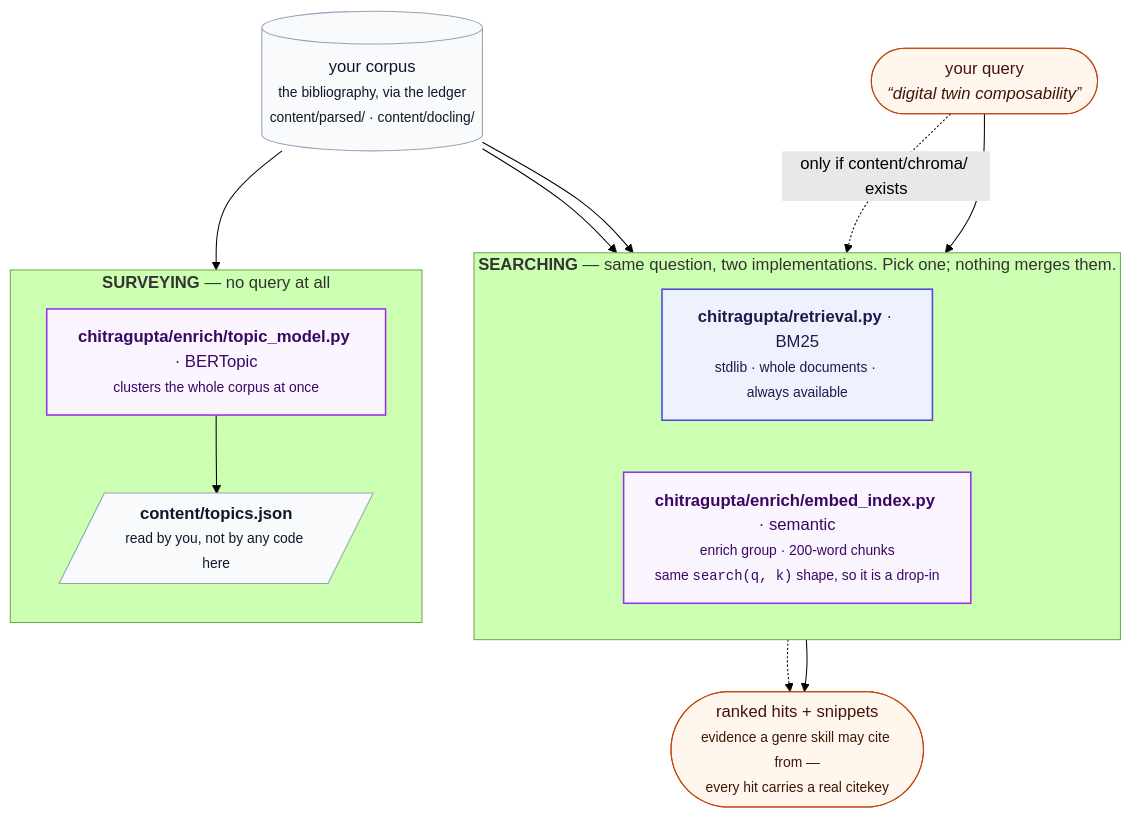
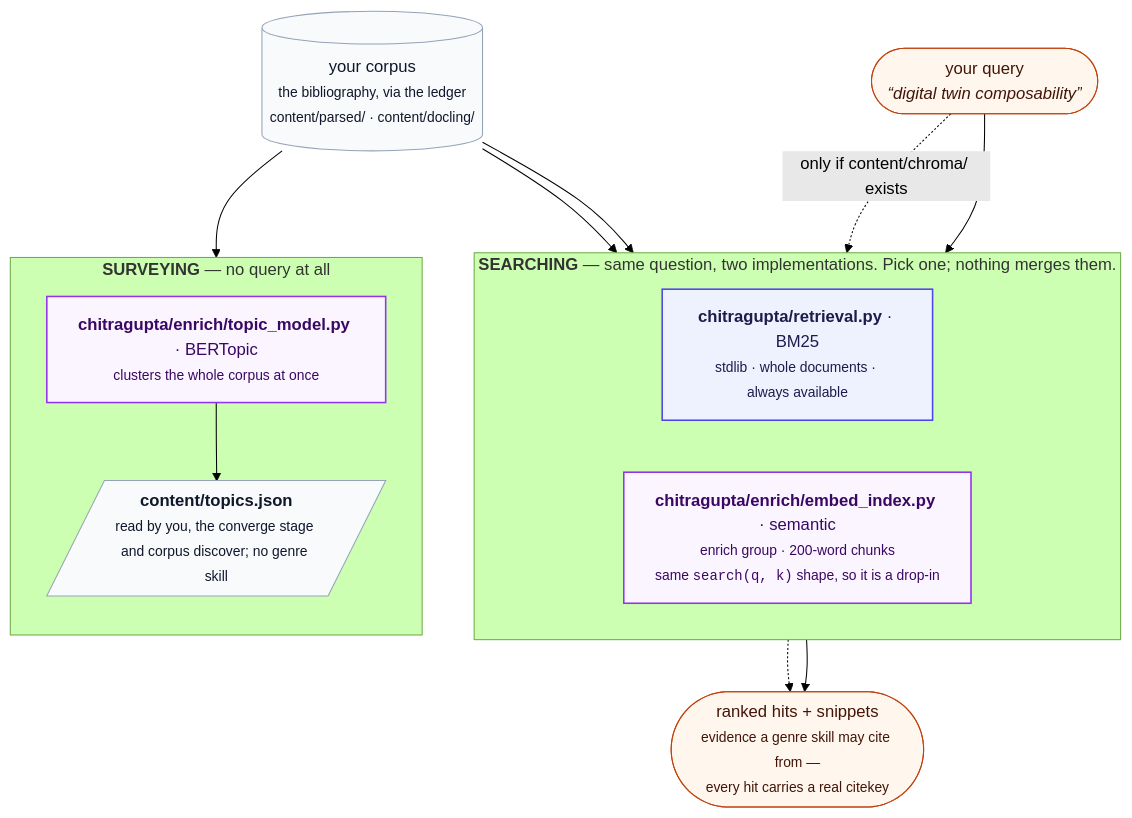
One commit to prasadtalasila/chitragupta changed the diagram in docs/RETRIEVAL.md. Above: the diagram before and after it, drawn with Mermaid (forest theme). The commit also changed other lines of this file and 46 other files, not shown here.

````diff
--- a/docs/RETRIEVAL.md
+++ b/docs/RETRIEVAL.md
@@ -32,38 +32,38 @@
 ```mermaid
 flowchart TB
 
   Q(["your query<br/><i>“digital twin composability”</i>"])
 
   subgraph SEARCH["<b>SEARCHING</b> — same question, two implementations. Pick one; nothing merges them."]
     direction LR
     BM25["<b>chitragupta/retrieval.py</b> · BM25<br/><small>stdlib · whole documents · always available</small>"]
     EMB["<b>chitragupta/enrich/embed_index.py</b> · semantic<br/><small>enrich group · 200-word chunks<br/>same <code>search(q, k)</code> shape, so it is a drop-in</small>"]
   end
 
   subgraph SURVEY["<b>SURVEYING</b> — no query at all"]
     direction TB
     BERT["<b>chitragupta/enrich/topic_model.py</b> · BERTopic<br/><small>clusters the whole corpus at once</small>"]
-    TOP[/"<b>content/topics.json</b><br/><small>read by you, not by any code here</small>"/]
+    TOP[/"<b>content/topics.json</b><br/><small>read by you, the converge stage and corpus discover; no genre skill</small>"/]
     BERT --> TOP
   end
 
   HITS(["ranked hits + snippets<br/><small>evidence a genre skill may cite from —<br/>every hit carries a real citekey</small>"])
   CORPUS[("your corpus<br/><small>the bibliography, via the ledger<br/>content/parsed/ · content/docling/</small>")]
 
   Q --> BM25 --> HITS
   Q -. "only if content/chroma/ exists" .-> EMB
   EMB -.-> HITS
   CORPUS --> BM25
   CORPUS --> EMB
   CORPUS --> BERT
 
   classDef q fill:#fff7ed,stroke:#c2410c,color:#431407
   classDef light fill:#eef2ff,stroke:#4f46e5,stroke-width:1.5px,color:#1e1b4b
   classDef heavy fill:#faf5ff,stroke:#9333ea,stroke-width:1.5px,color:#3b0764
   classDef store fill:#f8fafc,stroke:#94a3b8,color:#0f172a
 
   class Q,HITS q
   class BM25 light
   class EMB,BERT heavy
   class TOP,CORPUS store
 ```
````
